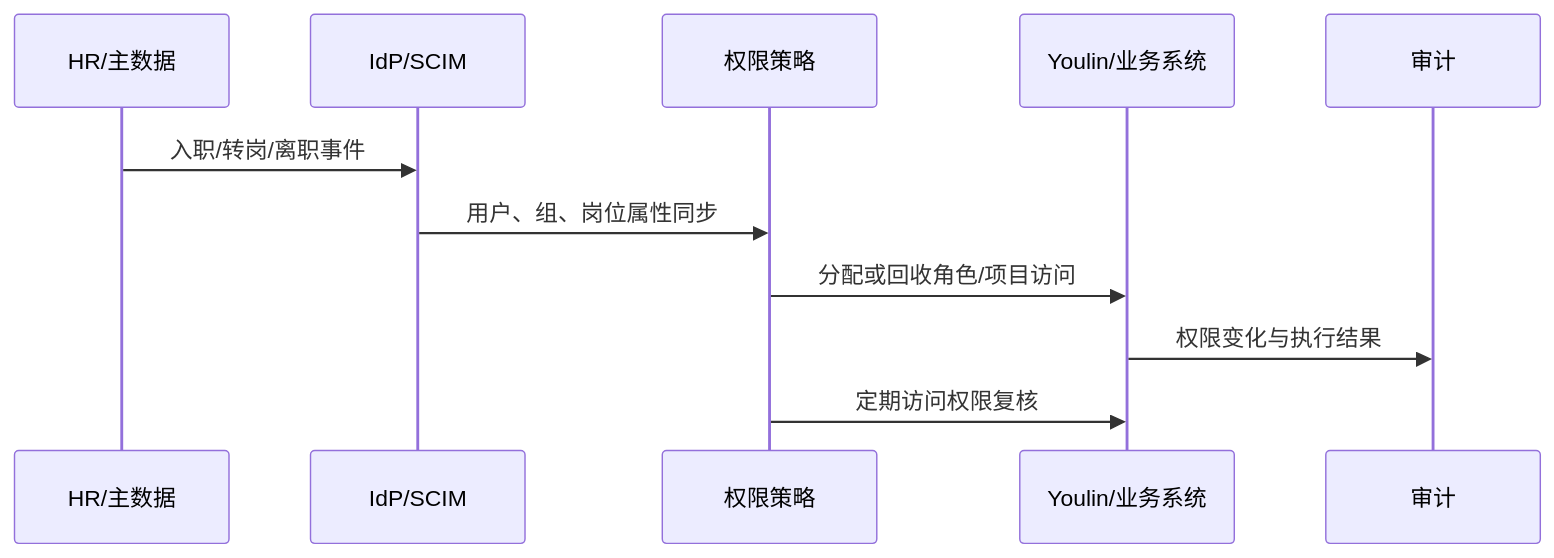
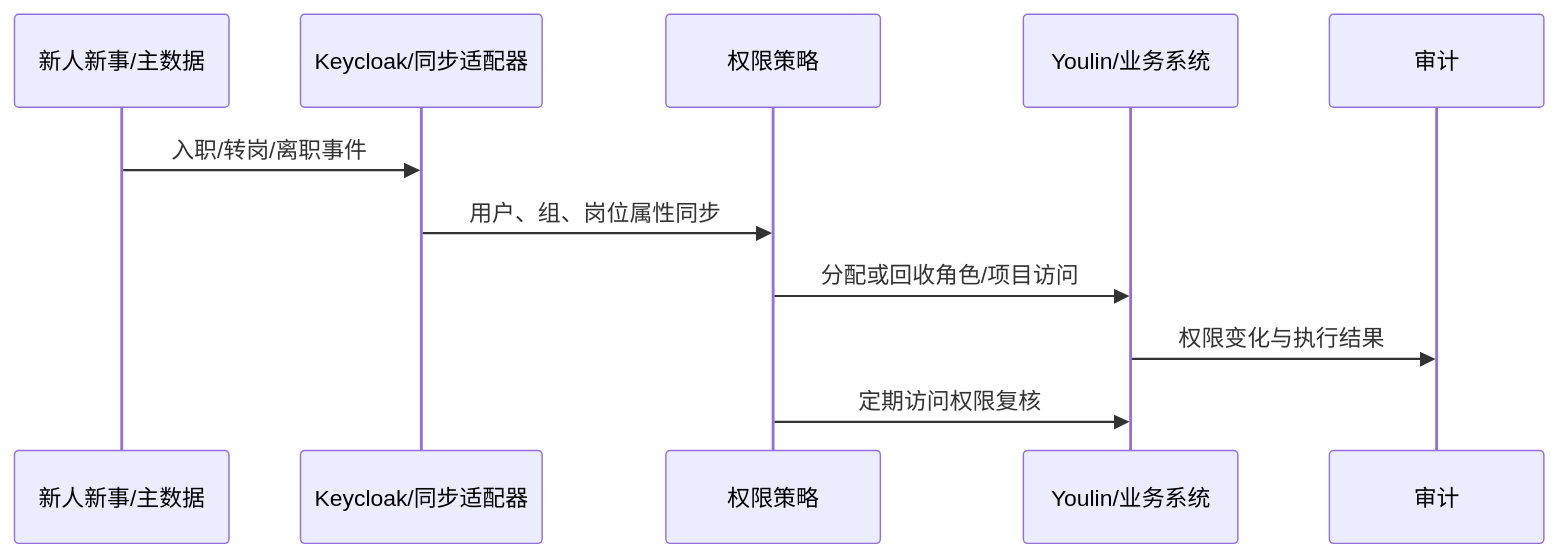
The fourth of 6 diagrams in docs/youlin-enterprise-ai-platform/01-cro-ai-native-workbench-strategy.md (bestNiu/lobe-chat), drawn with Mermaid before and after one commit. The commit also changed other lines of this file and 9 other files, not shown here.

````diff
--- a/docs/youlin-enterprise-ai-platform/01-cro-ai-native-workbench-strategy.md
+++ b/docs/youlin-enterprise-ai-platform/01-cro-ai-native-workbench-strategy.md
@@ -745,13 +752,13 @@
 ```mermaid
 sequenceDiagram
-  participant HR as HR/主数据
-  participant IAM as IdP/SCIM
+  participant HR as 新人新事/主数据
+  participant IAM as Keycloak/同步适配器
   participant POL as 权限策略
   participant APP as Youlin/业务系统
   participant AUD as 审计
   HR->>IAM: 入职/转岗/离职事件
   IAM->>POL: 用户、组、岗位属性同步
   POL->>APP: 分配或回收角色/项目访问
   APP->>AUD: 权限变化与执行结果
   POL->>APP: 定期访问权限复核
 ```
````
